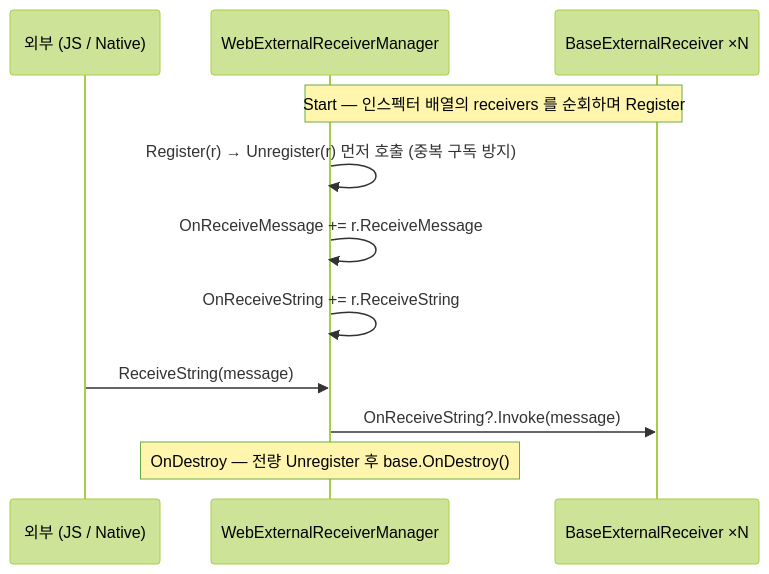
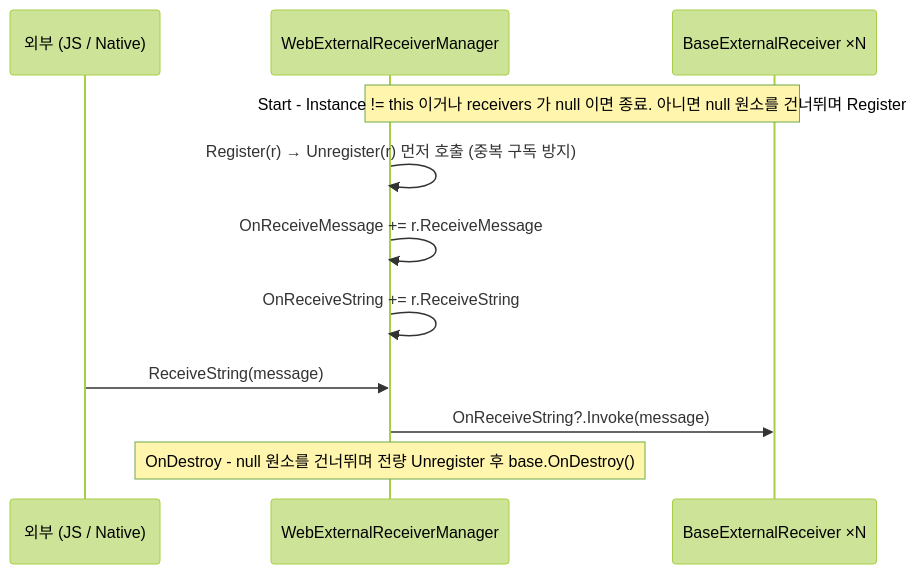
One commit to HoHong123/HCUP-Unity changed the sixth of 6 diagrams in HCore/Runtime/README.md. Above: the diagram before and after it, drawn with Mermaid (forest theme). The commit also changed other lines of this file, not shown here.

````diff
--- a/HCore/Runtime/README.md
+++ b/HCore/Runtime/README.md
@@ -276,14 +278,14 @@
 ```mermaid
 sequenceDiagram
     participant X as 외부 (JS / Native)
     participant M as WebExternalReceiverManager
     participant R as BaseExternalReceiver ×N
 
-    Note over M,R: Start — 인스펙터 배열의 receivers 를 순회하며 Register
+    Note over M,R: Start - Instance != this 이거나 receivers 가 null 이면 종료. 아니면 null 원소를 건너뛰며 Register
     M->>M: Register(r) → Unregister(r) 먼저 호출 (중복 구독 방지)
     M->>M: OnReceiveMessage += r.ReceiveMessage
     M->>M: OnReceiveString += r.ReceiveString
     X->>M: ReceiveString(message)
     M->>R: OnReceiveString?.Invoke(message)
-    Note over M: OnDestroy — 전량 Unregister 후 base.OnDestroy()
+    Note over M: OnDestroy - null 원소를 건너뛰며 전량 Unregister 후 base.OnDestroy()
 ```
````
